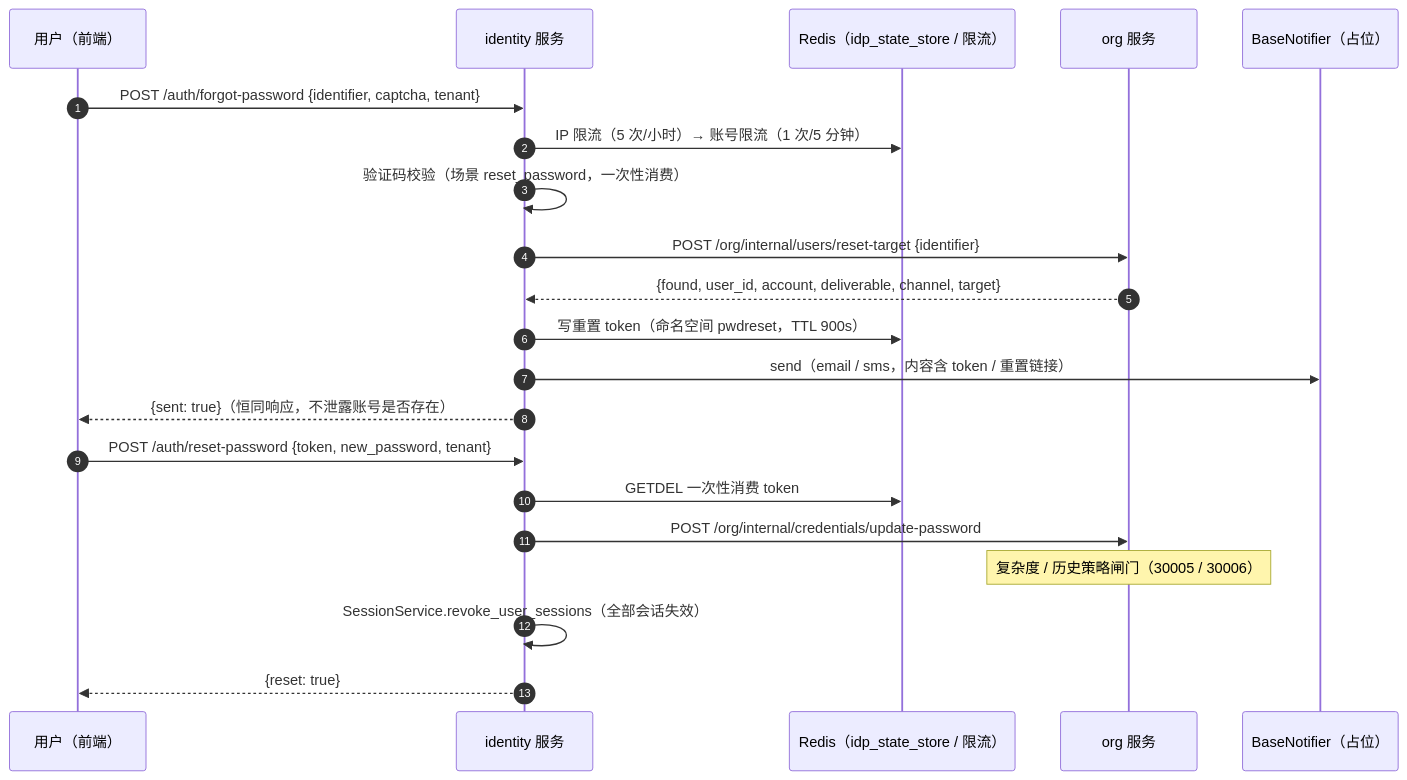
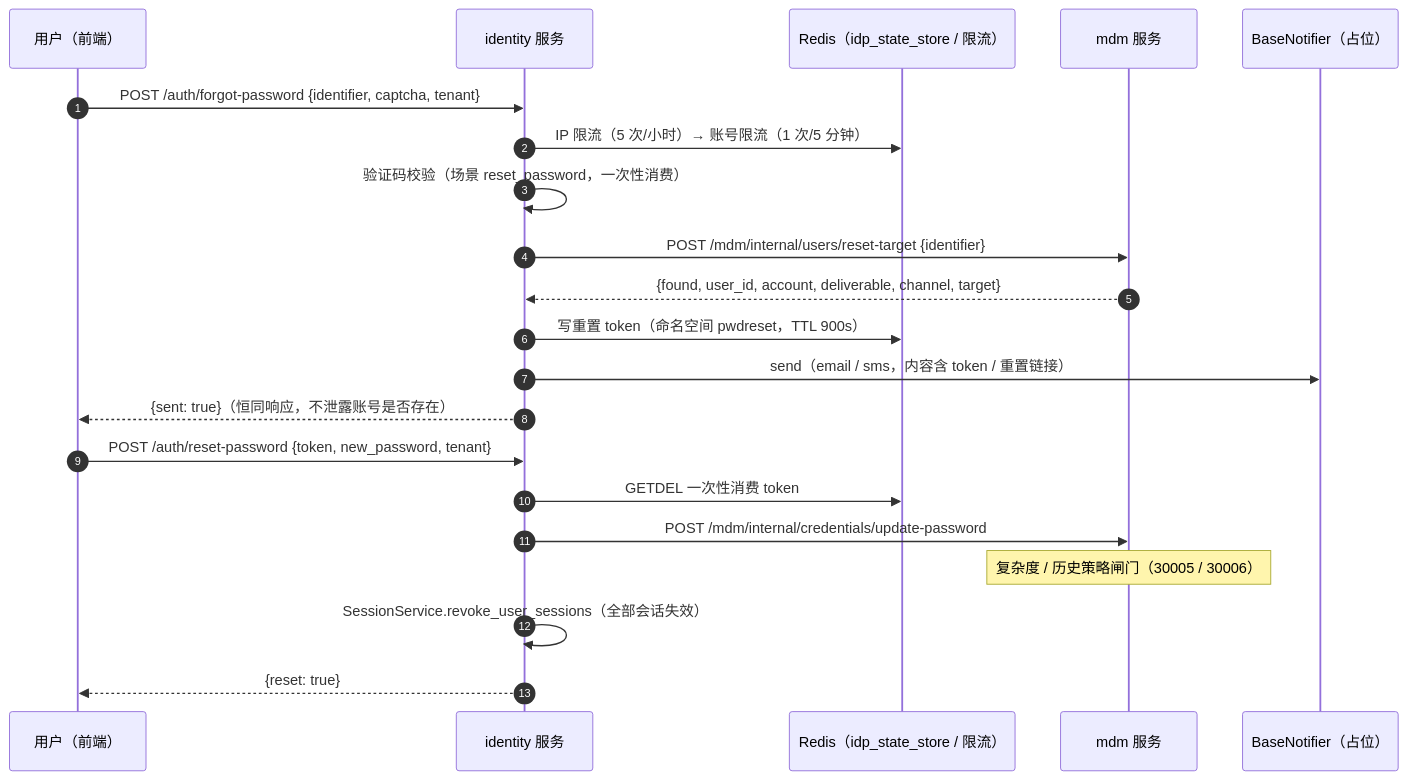
The diagram in bms文档/项目/06_认证与安全/任务/03_验证码与账号治理/03_验证码与账号治理_06_找回密码流程/设计/01_详细设计_06_找回密码流程.md (minjian123/basic-management-system), drawn with Mermaid before and after one commit. The commit also changed other lines of this file and 501 other files, not shown here.

````diff
--- a/bms文档/项目/06_认证与安全/任务/03_验证码与账号治理/03_验证码与账号治理_06_找回密码流程/设计/01_详细设计_06_找回密码流程.md
+++ b/bms文档/项目/06_认证与安全/任务/03_验证码与账号治理/03_验证码与账号治理_06_找回密码流程/设计/01_详细设计_06_找回密码流程.md
@@ -77,25 +77,25 @@
 ```mermaid
 sequenceDiagram
     autonumber
     participant 用户 as 用户（前端）
     participant ID as identity 服务
     participant Redis as Redis（idp_state_store / 限流）
-    participant ORG as org 服务
+    participant MDM as mdm 服务
     participant NOTIFY as BaseNotifier（占位）
 
     用户->>ID: POST /auth/forgot-password {identifier, captcha, tenant}
     ID->>Redis: IP 限流（5 次/小时）→ 账号限流（1 次/5 分钟）
     ID->>ID: 验证码校验（场景 reset_password，一次性消费）
-    ID->>ORG: POST /org/internal/users/reset-target {identifier}
-    ORG-->>ID: {found, user_id, account, deliverable, channel, target}
+    ID->>MDM: POST /mdm/internal/users/reset-target {identifier}
+    MDM-->>ID: {found, user_id, account, deliverable, channel, target}
     ID->>Redis: 写重置 token（命名空间 pwdreset，TTL 900s）
     ID->>NOTIFY: send（email / sms，内容含 token / 重置链接）
     ID-->>用户: {sent: true}（恒同响应，不泄露账号是否存在）
 
     用户->>ID: POST /auth/reset-password {token, new_password, tenant}
     ID->>Redis: GETDEL 一次性消费 token
-    ID->>ORG: POST /org/internal/credentials/update-password
-    Note over ORG: 复杂度 / 历史策略闸门（30005 / 30006）
+    ID->>MDM: POST /mdm/internal/credentials/update-password
+    Note over MDM: 复杂度 / 历史策略闸门（30005 / 30006）
     ID->>ID: SessionService.revoke_user_sessions（全部会话失效）
     ID-->>用户: {reset: true}
 ```
````
